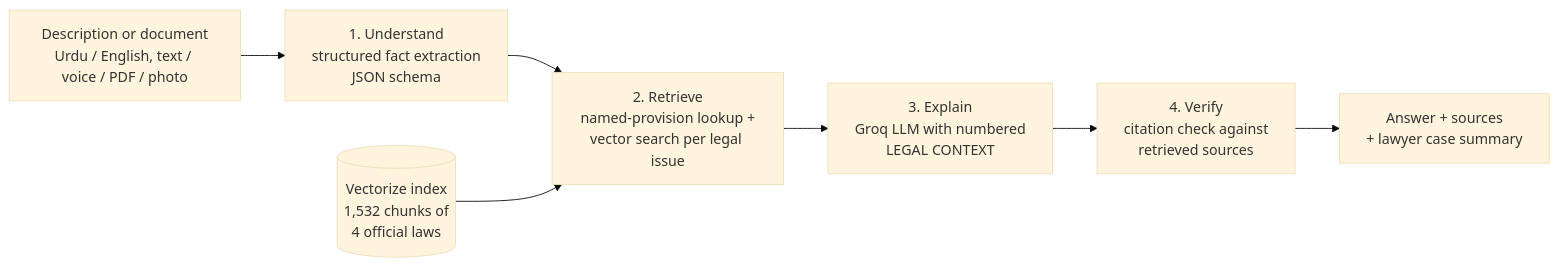
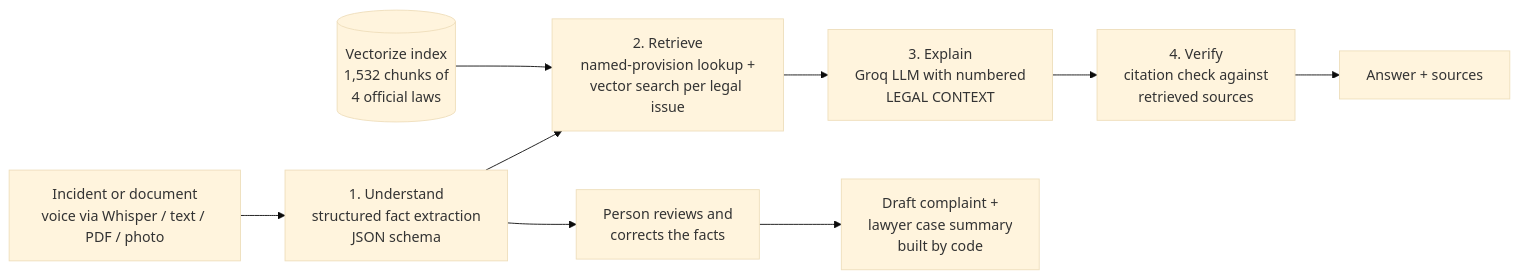
The diagram in README.md (maan203/paklegal-ai), drawn with Mermaid (base theme) before and after one commit. The commit also changed other lines of this file and 14 other files, not shown here.

First line of the commit message:
Describe Your Incident: Whisper speech, fact review, editable complaint draft

````diff
--- a/README.md
+++ b/README.md
@@ -30,9 +30,11 @@
 ```mermaid
 flowchart LR
-  A[Description or document<br/>Urdu / English, text / voice / PDF / photo] --> B[1. Understand<br/>structured fact extraction<br/>JSON schema]
+  A[Incident or document<br/>voice via Whisper / text / PDF / photo] --> B[1. Understand<br/>structured fact extraction<br/>JSON schema]
   B --> C[2. Retrieve<br/>named-provision lookup +<br/>vector search per legal issue]
   C --> D[3. Explain<br/>Groq LLM with numbered<br/>LEGAL CONTEXT]
   D --> E[4. Verify<br/>citation check against<br/>retrieved sources]
-  E --> F[Answer + sources<br/>+ lawyer case summary]
+  E --> F[Answer + sources]
+  B --> R[Person reviews and<br/>corrects the facts]
+  R --> G[Draft complaint +<br/>lawyer case summary<br/>built by code]
   K[(Vectorize index<br/>1,532 chunks of<br/>4 official laws)] --> C
 ```
````
